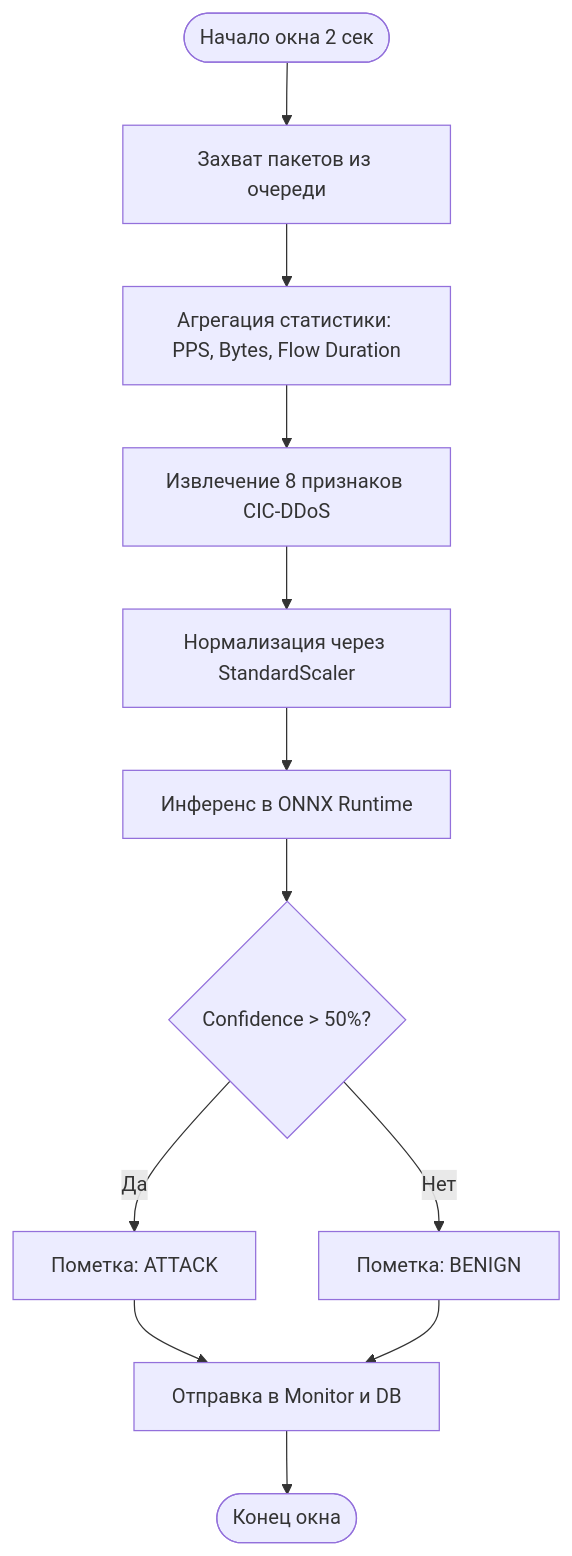
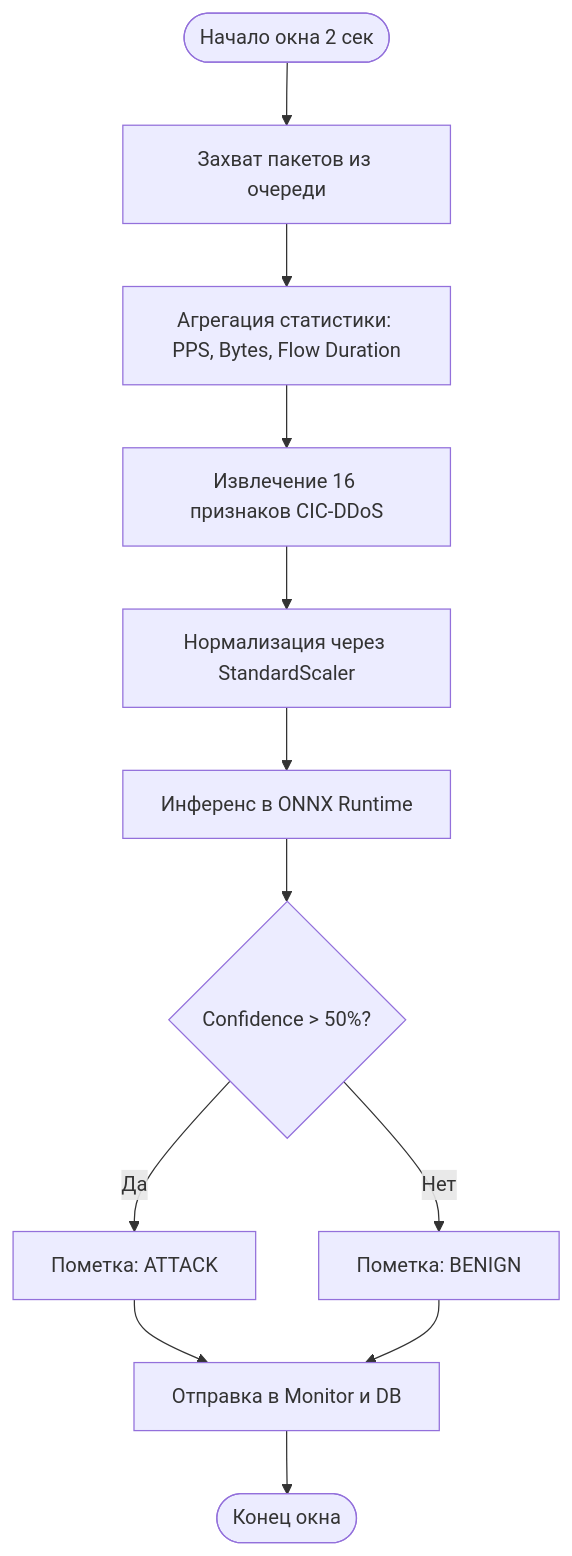
One commit to qwantj/diplima_test changed the second of 3 diagrams in docs/academic/ОТЧЕТ_ПО_ПРЕДДИПЛОМНОЙ_ПРАКТИКЕ.md. Above: the diagram before and after it, drawn with Mermaid. The commit also changed other lines of this file and 14 other files, not shown here.

````diff
--- a/docs/academic/ОТЧЕТ_ПО_ПРЕДДИПЛОМНОЙ_ПРАКТИКЕ.md
+++ b/docs/academic/ОТЧЕТ_ПО_ПРЕДДИПЛОМНОЙ_ПРАКТИКЕ.md
@@ -643,14 +662,14 @@
 ```mermaid
 flowchart TD
     Start([Начало окна 2 сек]) --> Capture[Захват пакетов из очереди]
     Capture --> Agg[Агрегация статистики: PPS, Bytes, Flow Duration]
-    Agg --> Extract[Извлечение 8 признаков CIC-DDoS]
+    Agg --> Extract[Извлечение 16 признаков CIC-DDoS]
     Extract --> Scale[Нормализация через StandardScaler]
     Scale --> ONNX[Инференс в ONNX Runtime]
     ONNX --> Verdict{Confidence > 50%?}
     Verdict -- Да --> Attack[Пометка: ATTACK]
     Verdict -- Нет --> Benign[Пометка: BENIGN]
     Attack --> Notify[Отправка в Monitor и DB]
     Benign --> Notify
     Notify --> End([Конец окна])
 ```
````
